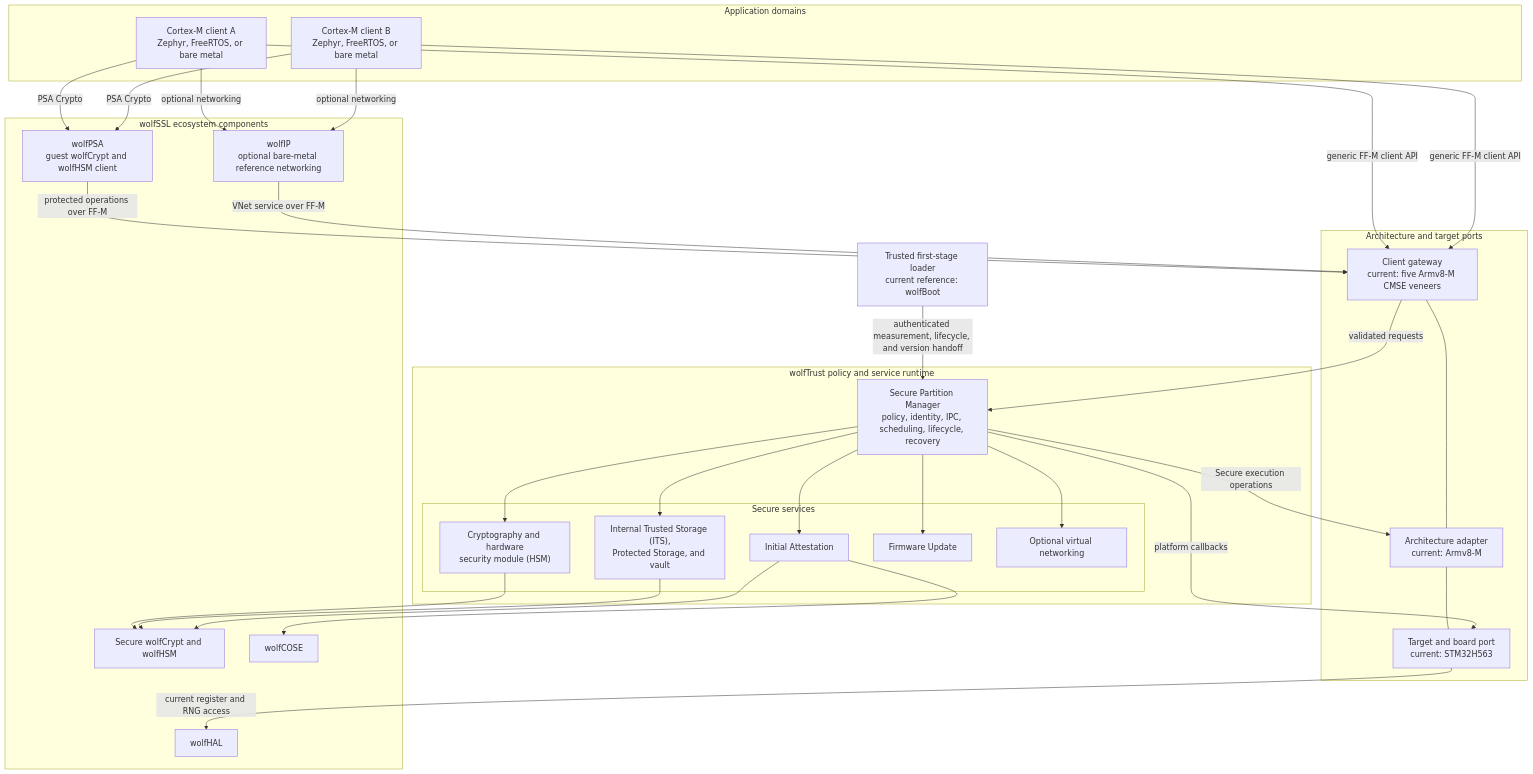
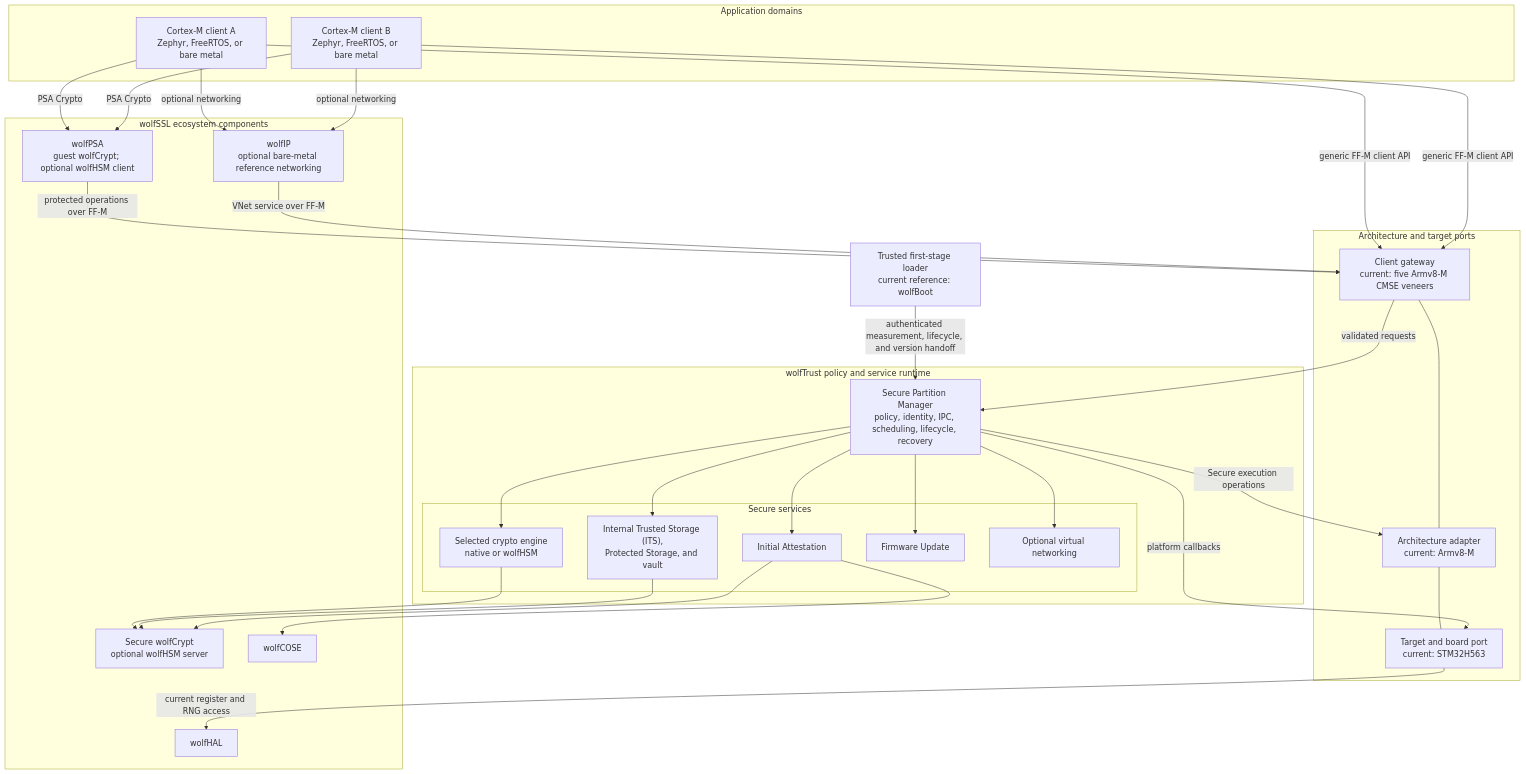
The diagram in docs/Home.md (aidangarske/wolfTrust), drawn with Mermaid before and after one commit. The commit also changed other lines of this file and 11 other files, not shown here.

Commit message:
Document native and wolfHSM crypto engines

````diff
--- a/docs/Home.md
+++ b/docs/Home.md
@@ -20,59 +20,59 @@
 ```mermaid
 flowchart TB
     BOOT[Trusted first-stage loader<br/>current reference: wolfBoot]
 
     subgraph APP[Application domains]
         GA[Cortex-M client A<br/>Zephyr, FreeRTOS, or bare metal]
         GB[Cortex-M client B<br/>Zephyr, FreeRTOS, or bare metal]
     end
 
     subgraph PORT[Architecture and target ports]
         GW[Client gateway<br/>current: five Armv8-M CMSE veneers]
         ARCH[Architecture adapter<br/>current: Armv8-M]
         TARGET[Target and board port<br/>current: STM32H563]
         GW --- ARCH
         ARCH --- TARGET
     end
 
     subgraph WT[wolfTrust policy and service runtime]
         SPM[Secure Partition Manager<br/>policy, identity, IPC, scheduling, lifecycle, recovery]
         subgraph SP[Secure services]
-            CR["Cryptography and hardware<br/>security module (HSM)"]
+            CR["Selected crypto engine<br/>native or wolfHSM"]
             ST["Internal Trusted Storage (ITS),<br/>Protected Storage, and vault"]
             AT[Initial Attestation]
             FW[Firmware Update]
             VN[Optional virtual networking]
         end
         SPM --> CR
         SPM --> ST
         SPM --> AT
         SPM --> FW
         SPM --> VN
     end
 
     subgraph LIBS[wolfSSL ecosystem components]
-        PSA[wolfPSA<br/>guest wolfCrypt and wolfHSM client]
-        WC[Secure wolfCrypt and wolfHSM]
+        PSA[wolfPSA<br/>guest wolfCrypt; optional wolfHSM client]
+        WC[Secure wolfCrypt<br/>optional wolfHSM server]
         COSE[wolfCOSE]
         HAL[wolfHAL]
         IP[wolfIP<br/>optional bare-metal reference networking]
     end
 
     BOOT -->|authenticated measurement, lifecycle, and version handoff| SPM
     GA -->|generic FF-M client API| GW
     GB -->|generic FF-M client API| GW
     GA -->|PSA Crypto| PSA
     GB -->|PSA Crypto| PSA
     PSA -->|protected operations over FF-M| GW
     GA -->|optional networking| IP
     GB -->|optional networking| IP
     IP -->|VNet service over FF-M| GW
     GW -->|validated requests| SPM
     SPM -->|Secure execution operations| ARCH
     SPM -->|platform callbacks| TARGET
     CR --> WC
     ST --> WC
     AT --> COSE
     AT --> WC
     TARGET -->|current register and RNG access| HAL
 ```
````
